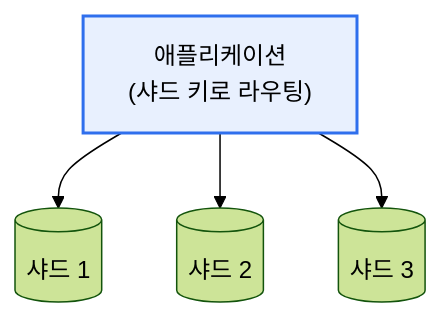
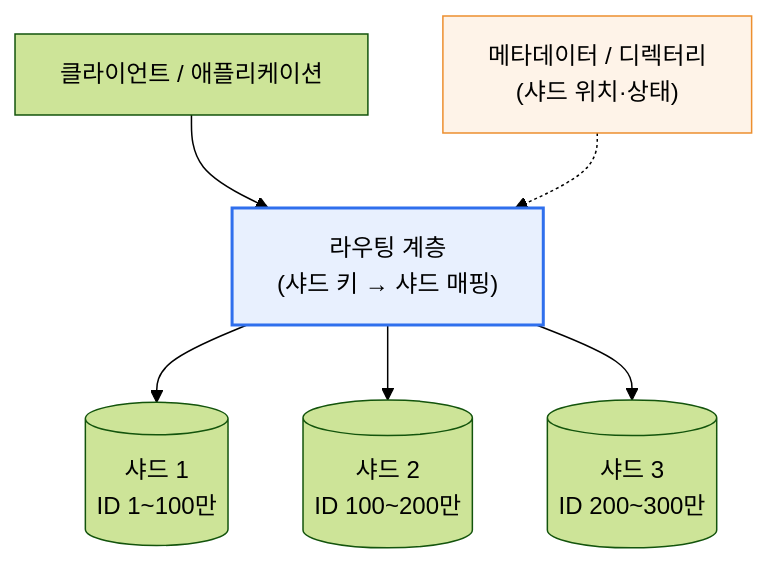
Before and after one commit to coninggu/wjdqhrhksflrltnftk: the first of 2 diagrams in content/db-sharding.md, drawn with Mermaid (forest theme). The commit also changed other lines of this file and 3 other files, not shown here.

````diff
--- a/content/db-sharding.md
+++ b/content/db-sharding.md
@@ -19,7 +19,10 @@
 ```mermaid
 flowchart TB
-  A["애플리케이션<br/>(샤드 키로 라우팅)"] --> S1[(샤드 1)]
-  A --> S2[(샤드 2)]
-  A --> S3[(샤드 3)]
-  style A fill:#e8f0fe,stroke:#2f6fed,stroke-width:2px
+  C["클라이언트 / 애플리케이션"] --> R["라우팅 계층<br/>(샤드 키 → 샤드 매핑)"]
+  R --> S1[(샤드 1<br/>ID 1~100만)]
+  R --> S2[(샤드 2<br/>ID 100~200만)]
+  R --> S3[(샤드 3<br/>ID 200~300만)]
+  M["메타데이터 / 디렉터리<br/>(샤드 위치·상태)"] -.-> R
+  style R fill:#e8f0fe,stroke:#2f6fed,stroke-width:2px
+  style M fill:#fef3e8,stroke:#ed8f2f
 ```
````
